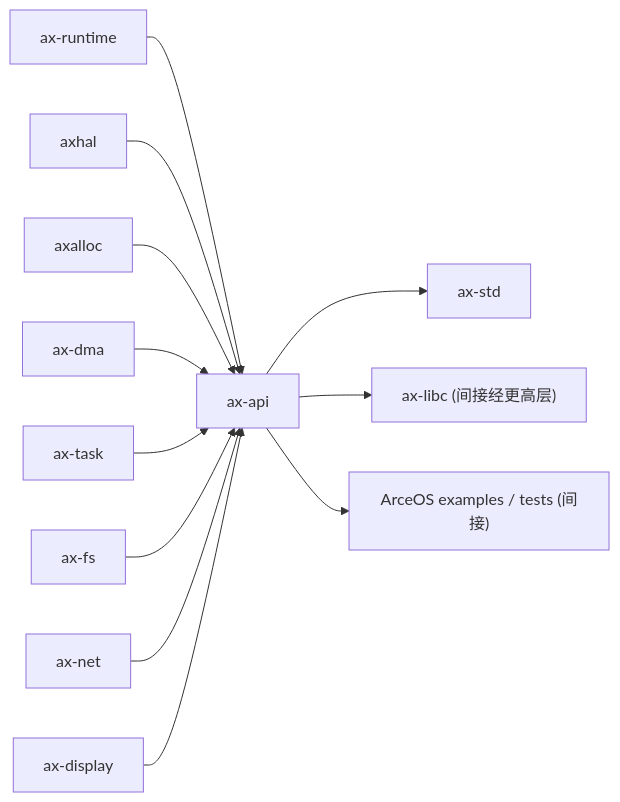
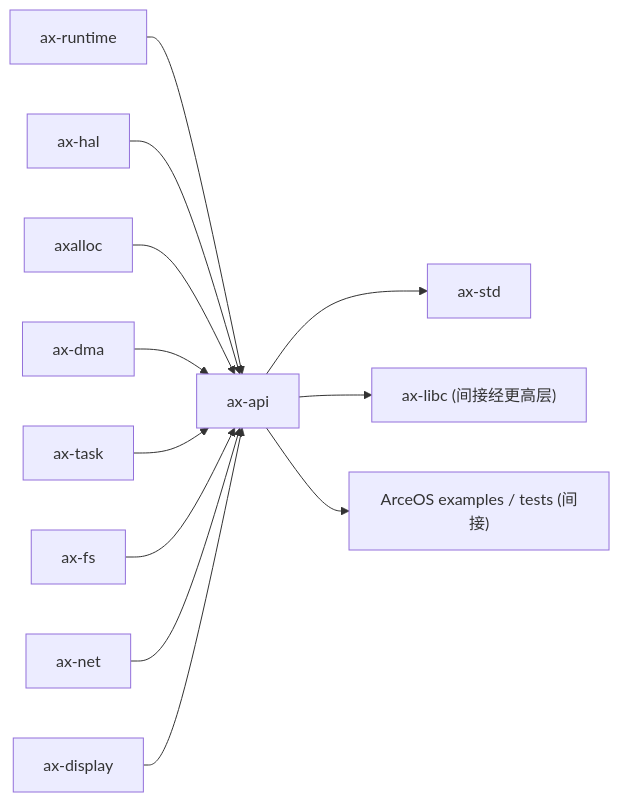
One commit to zKurisu/tgoskits changed the diagram in docs/crates/arceos_api.md. Above: the diagram before and after it, drawn with Mermaid. The commit also changed other lines of this file and 158 other files, not shown here.

Commit message:
rename axhal to ax-hal

````diff
--- a/docs/crates/arceos_api.md
+++ b/docs/crates/arceos_api.md
@@ -110,15 +110,15 @@
 ```mermaid
 graph LR
     ax-runtime["ax-runtime"] --> ax-api["ax-api"]
-    axhal["axhal"] --> ax-api
+    ax-hal["ax-hal"] --> ax-api
     axalloc["axalloc"] --> ax-api
     ax_dma["ax-dma"] --> ax-api
     ax-task["ax-task"] --> ax-api
     ax-fs["ax-fs"] --> ax-api
     ax-net["ax-net"] --> ax-api
     ax-display["ax-display"] --> ax-api
 
     ax-api --> ax-std["ax-std"]
     ax-api --> ax-libc["ax-libc (间接经更高层)"]
     ax-api --> arceos_examples["ArceOS examples / tests (间接)"]
 ```
````
